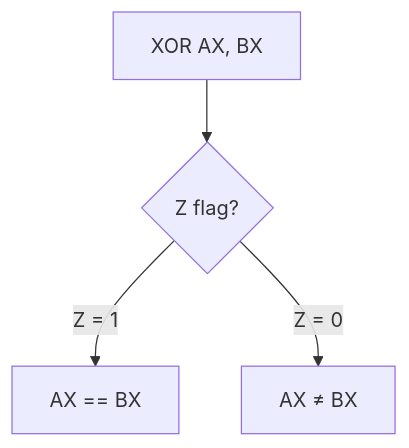
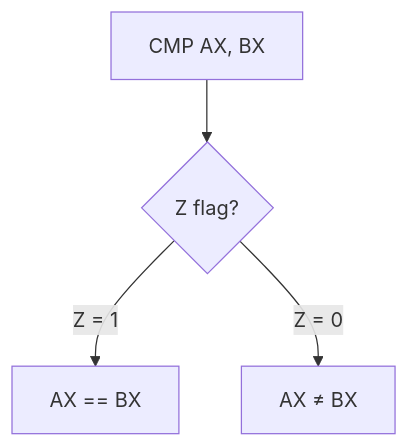
Diagram 11 of 20 in docs/en/isa/flags-behavior.md (MinecAnton209/NovumOS-16bit), drawn with Mermaid before and after one commit. The commit also changed other lines of this file and 20 other files, not shown here.

````diff
--- a/docs/en/isa/flags-behavior.md
+++ b/docs/en/isa/flags-behavior.md
@@ -445,6 +463,6 @@
 ```mermaid
 flowchart TD
-    A["XOR AX, BX"] --> B{"Z flag?"}
+    A["CMP AX, BX"] --> B{"Z flag?"}
     B -- "Z = 1" --> C["AX == BX"]
     B -- "Z = 0" --> D["AX ≠ BX"]
 ```
````
